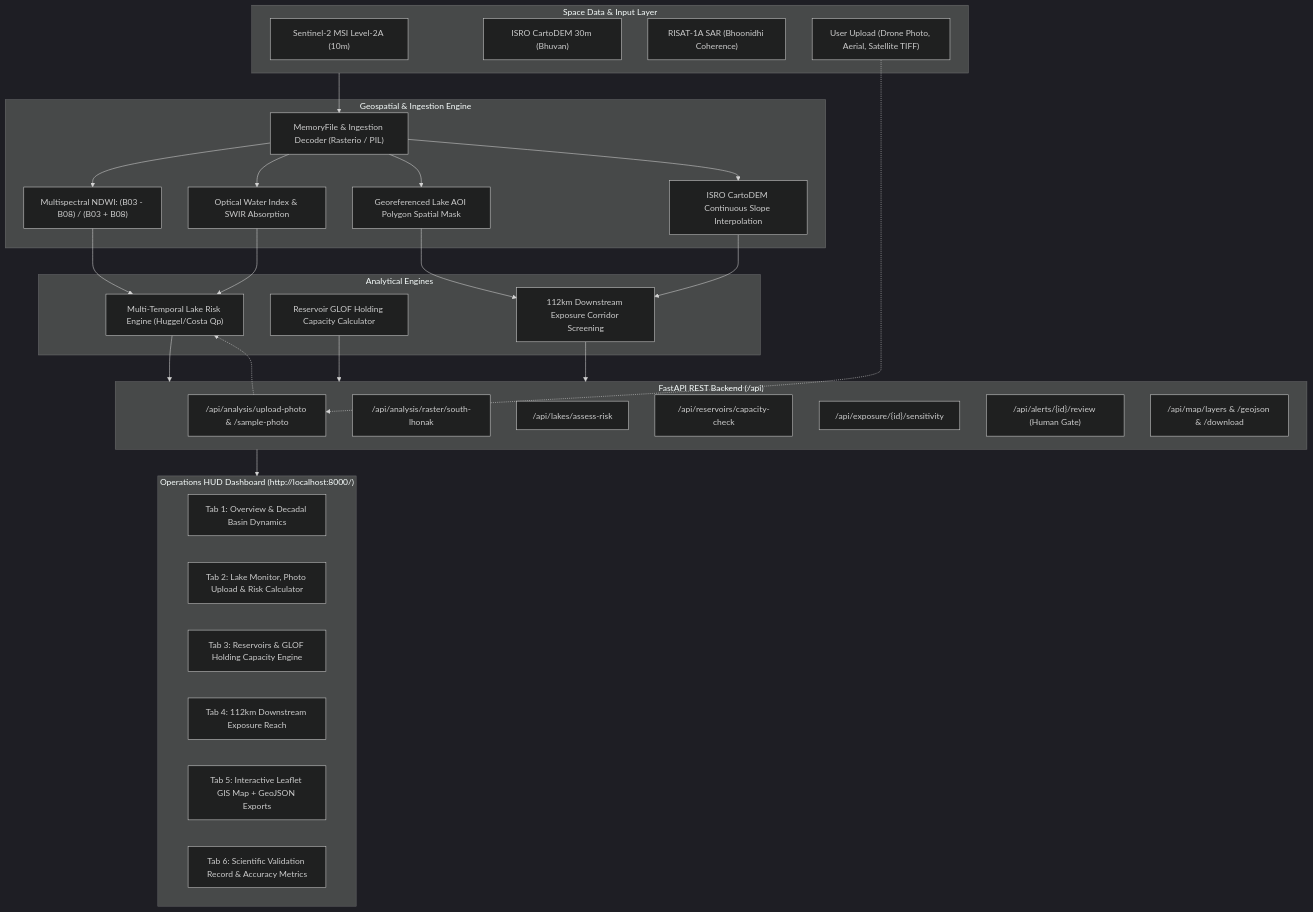
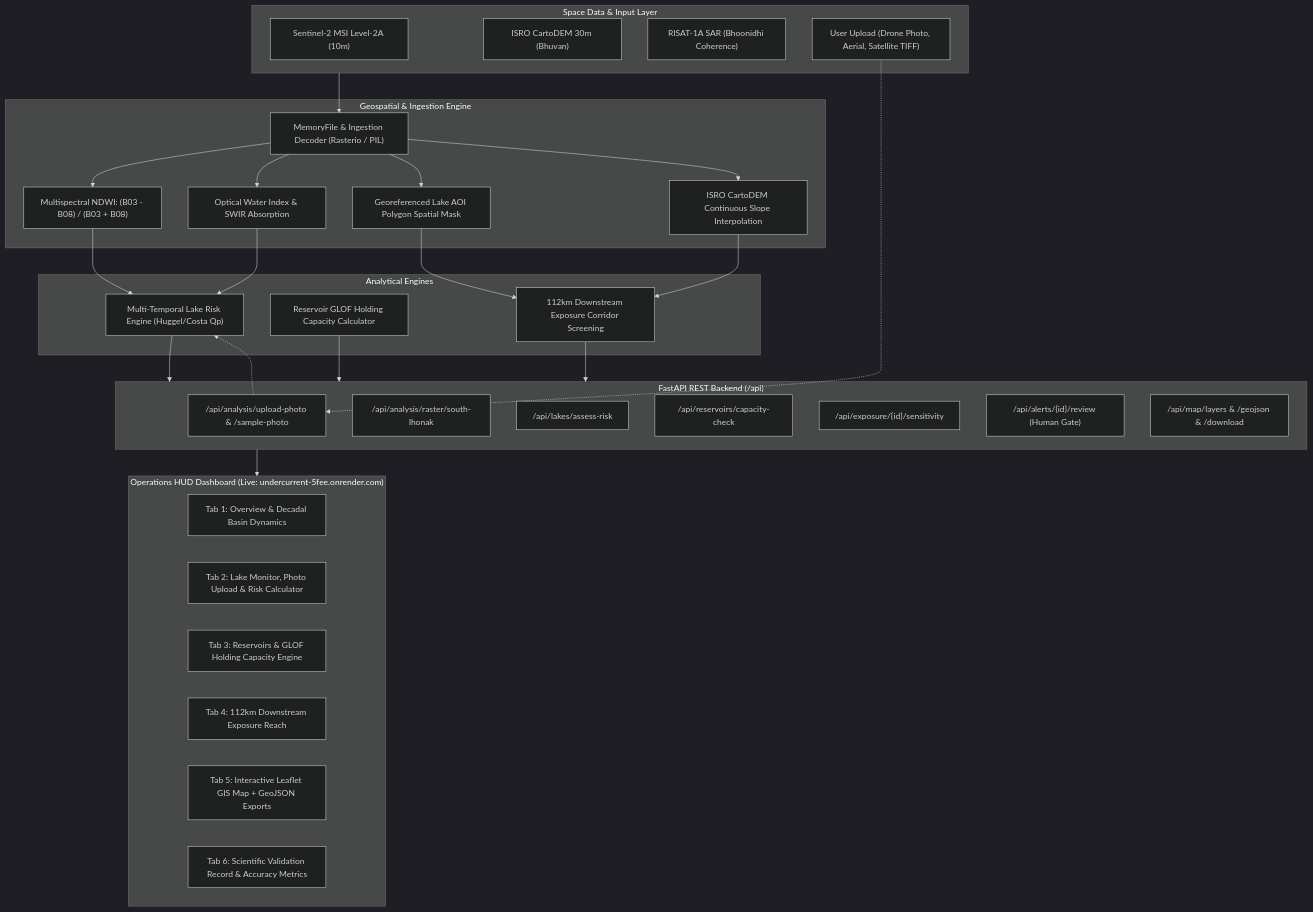
Before and after one commit to notmekrish-boop/Undercurrent: the diagram in README.md, drawn with Mermaid (dark theme). The commit also changed other lines of this file, not shown here.

Commit message:
docs: add live Render production deployment link and badges

````diff
--- a/README.md
+++ b/README.md
@@ -90,51 +99,51 @@
 ```mermaid
 flowchart TD
     subgraph DataLayer["Space Data & Input Layer"]
         S2["Sentinel-2 MSI Level-2A (10m)"]
         CDEM["ISRO CartoDEM 30m (Bhuvan)"]
         SAR["RISAT-1A SAR (Bhoonidhi Coherence)"]
         UPL["User Upload (Drone Photo, Aerial, Satellite TIFF)"]
     end
 
     subgraph Processing["Geospatial & Ingestion Engine"]
         MEM["MemoryFile & Ingestion Decoder (Rasterio / PIL)"]
         NDWI["Multispectral NDWI: (B03 - B08) / (B03 + B08)"]
         OWI["Optical Water Index & SWIR Absorption"]
         AOI["Georeferenced Lake AOI Polygon Spatial Mask"]
         DEM["ISRO CartoDEM Continuous Slope Interpolation"]
     end
 
     subgraph Analytics["Analytical Engines"]
         RISK["Multi-Temporal Lake Risk Engine (Huggel/Costa Qp)"]
         RES["Reservoir GLOF Holding Capacity Calculator"]
         EXP["112km Downstream Exposure Corridor Screening"]
     end
 
     subgraph Backend["FastAPI REST Backend (/api)"]
         API_Upload["/api/analysis/upload-photo & /sample-photo"]
         API_Raster["/api/analysis/raster/south-lhonak"]
         API_Risk["/api/lakes/assess-risk"]
         API_ResCap["/api/reservoirs/capacity-check"]
         API_Sens["/api/exposure/{id}/sensitivity"]
         API_Review["/api/alerts/{id}/review (Human Gate)"]
         API_Maps["/api/map/layers & /geojson & /download"]
     end
 
-    subgraph Frontend["Operations HUD Dashboard (http://localhost:8000/)"]
+    subgraph Frontend["Operations HUD Dashboard (Live: undercurrent-5fee.onrender.com)"]
         UI_Dash["Tab 1: Overview & Decadal Basin Dynamics"]
         UI_Lake["Tab 2: Lake Monitor, Photo Upload & Risk Calculator"]
         UI_Res["Tab 3: Reservoirs & GLOF Holding Capacity Engine"]
         UI_Exp["Tab 4: 112km Downstream Exposure Reach"]
         UI_Map["Tab 5: Interactive Leaflet GIS Map + GeoJSON Exports"]
         UI_Sci["Tab 6: Scientific Validation Record & Accuracy Metrics"]
     end
 
     DataLayer --> MEM
     MEM --> NDWI & OWI & AOI & DEM
     NDWI & OWI --> RISK
     AOI & DEM --> EXP
     RISK & RES & EXP --> Backend
     Backend --> Frontend
     UPL -.-> API_Upload
     API_Upload -.-> RISK
 ```
````
